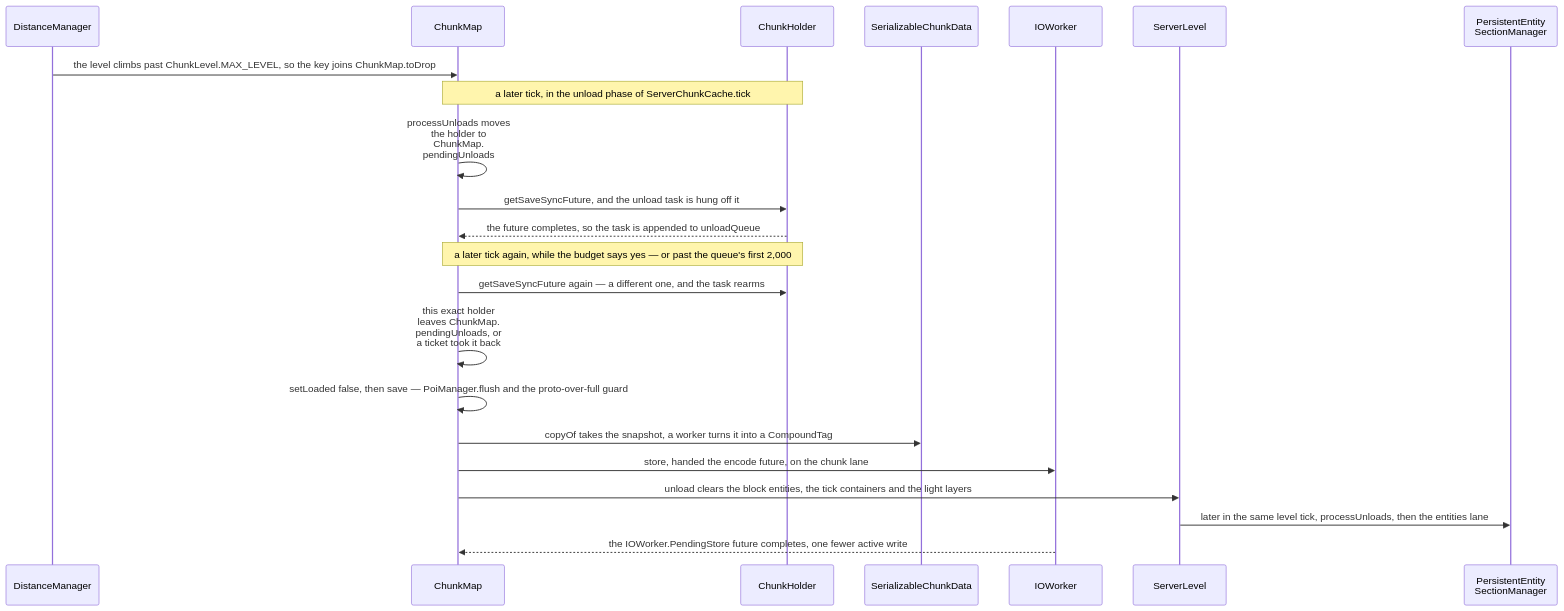
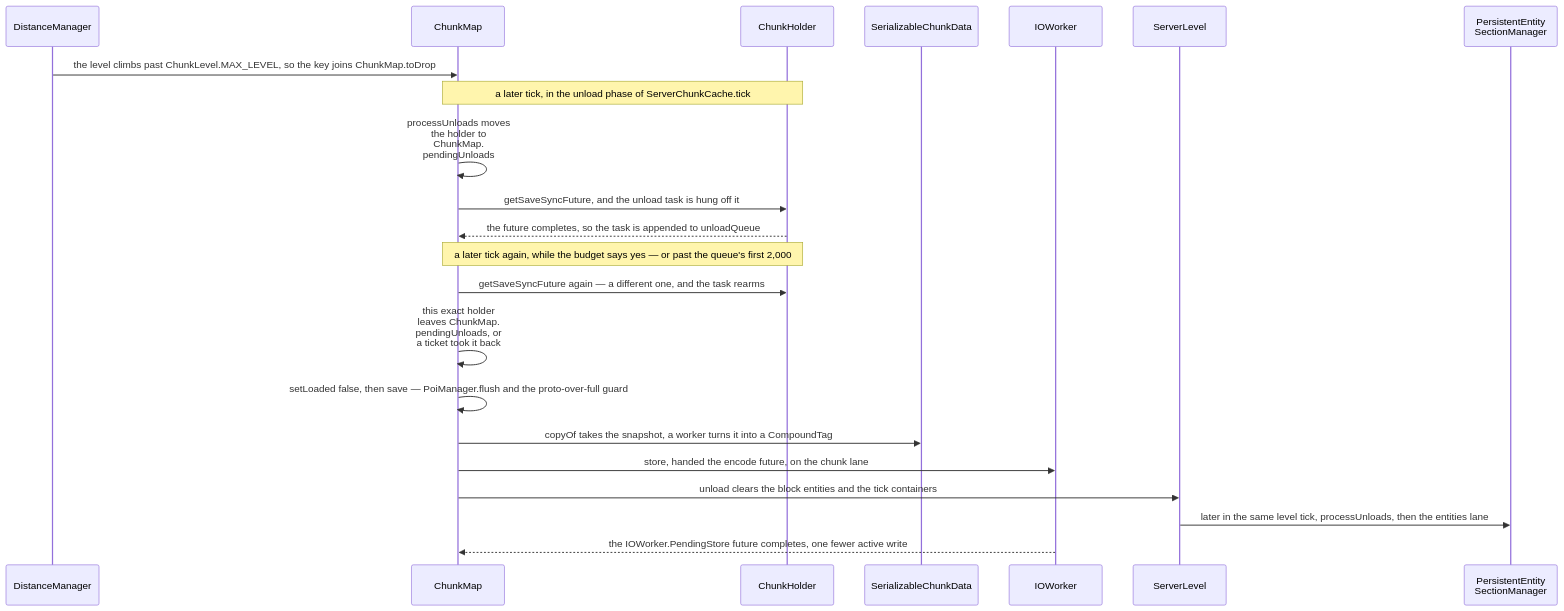
Before and after one commit to AlexanderjFraser/MinecraftDocs: the second of 3 diagrams in src/systems/world/chunk-storage.md, drawn with Mermaid. The commit also changed other lines of this file and 68 other files, not shown here.

````diff
--- a/src/systems/world/chunk-storage.md
+++ b/src/systems/world/chunk-storage.md
@@ -171,25 +171,25 @@
 ```mermaid
 sequenceDiagram
     participant DM as DistanceManager
     participant CM as ChunkMap
     participant CH as ChunkHolder
     participant SCD as SerializableChunkData
     participant IOW as IOWorker
     participant SL as ServerLevel
     participant PESM as PersistentEntity<br/>SectionManager
 
     DM->>CM: the level climbs past ChunkLevel.MAX_LEVEL, so the key joins ChunkMap.toDrop
     Note over CM,CH: a later tick, in the unload phase of ServerChunkCache.tick
     CM->>CM: processUnloads moves<br/>the holder to<br/>ChunkMap.<br/>pendingUnloads
     CM->>CH: getSaveSyncFuture, and the unload task is hung off it
     CH-->>CM: the future completes, so the task is appended to unloadQueue
     Note over CM,CH: a later tick again, while the budget says yes — or past the queue's first 2,000
     CM->>CH: getSaveSyncFuture again — a different one, and the task rearms
     CM->>CM: this exact holder<br/>leaves ChunkMap.<br/>pendingUnloads, or<br/>a ticket took it back
     CM->>CM: setLoaded false, then save — PoiManager.flush and the proto-over-full guard
     CM->>SCD: copyOf takes the snapshot, a worker turns it into a CompoundTag
     CM->>IOW: store, handed the encode future, on the chunk lane
-    CM->>SL: unload clears the block entities, the tick containers and the light layers
+    CM->>SL: unload clears the block entities and the tick containers
     SL->>PESM: later in the same level tick, processUnloads, then the entities lane
     IOW-->>CM: the IOWorker.PendingStore future completes, one fewer active write
 ```
````
